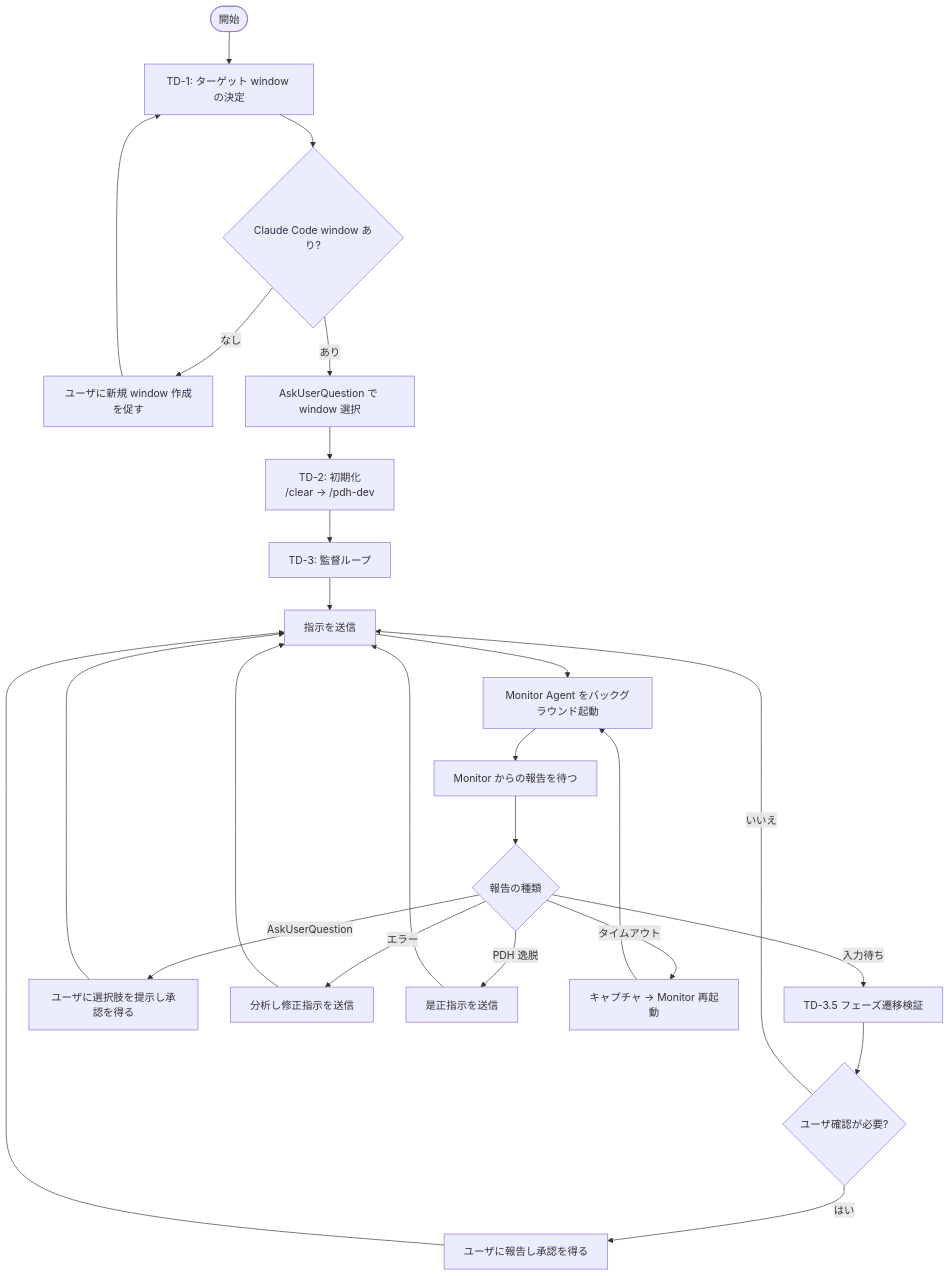
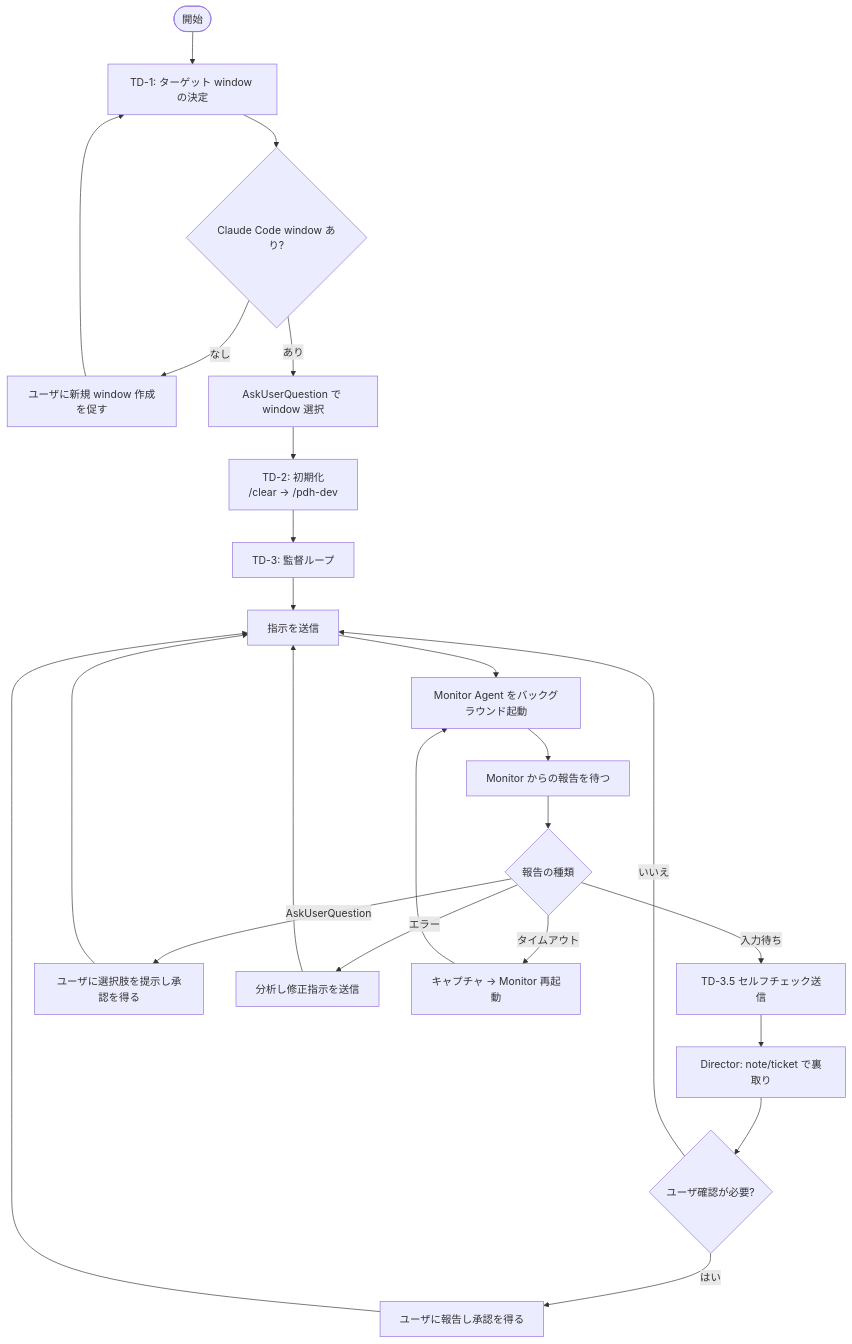
One commit to masuidrive/pdh changed the first of 3 diagrams in skills/tmux-director/SKILL.md. Above: the diagram before and after it, drawn with Mermaid. The commit also changed other lines of this file and 1 other file, not shown here.

First line of the commit message:
refactor(skills): gate 差し戻しフロー追加 + Monitor をセルフチェック中心に再設計

````diff
--- a/skills/tmux-director/SKILL.md
+++ b/skills/tmux-director/SKILL.md
@@ -18,27 +18,26 @@
 ```mermaid
 flowchart TD
     Start([開始]) --> TD1["TD-1: ターゲット window の決定"]
     TD1 --> TD1q{"Claude Code window あり?"}
     TD1q -- "なし" --> TD1new["ユーザに新規 window 作成を促す"]
     TD1new --> TD1
     TD1q -- "あり" --> TD1ask["AskUserQuestion で window 選択"]
     TD1ask --> TD2["TD-2: 初期化<br/>/clear → /pdh-dev"]
     TD2 --> TD3["TD-3: 監督ループ"]
     TD3 --> TD3send["指示を送信"]
     TD3send --> TD3monitor["Monitor Agent をバックグラウンド起動"]
     TD3monitor --> TD3wait["Monitor からの報告を待つ"]
     TD3wait --> TD3report{"報告の種類"}
-    TD3report -- "入力待ち" --> TD3idle["TD-3.5 フェーズ遷移検証"]
+    TD3report -- "入力待ち" --> TD3self["TD-3.5 セルフチェック送信"]
     TD3report -- "AskUserQuestion" --> TD3ask2["ユーザに選択肢を提示し承認を得る"]
     TD3report -- "エラー" --> TD3err["分析し修正指示を送信"]
-    TD3report -- "PDH 逸脱" --> TD3fix["是正指示を送信"]
     TD3report -- "タイムアウト" --> TD3timeout["キャプチャ → Monitor 再起動"]
-    TD3idle --> TD3gate{"ユーザ確認が必要?"}
+    TD3self --> TD3verify["Director: note/ticket で裏取り"]
+    TD3verify --> TD3gate{"ユーザ確認が必要?"}
     TD3ask2 --> TD3send
     TD3err --> TD3send
-    TD3fix --> TD3send
     TD3timeout --> TD3monitor
     TD3gate -- "はい" --> TD3confirm["ユーザに報告し承認を得る"]
     TD3confirm --> TD3send
     TD3gate -- "いいえ" --> TD3send
 ```
````
